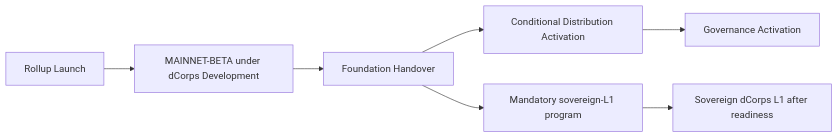
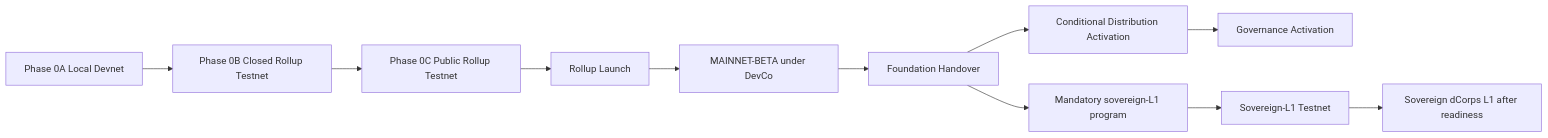
One commit to dcorps-hub/dcorps-docs-public changed the fifth of 5 diagrams in docs/whitepaper/DCORPS_BLOCKCHAIN_WHITEPAPER_V1_0.md. Above: the diagram before and after it, drawn with Mermaid. The commit also changed other lines of this file and 131 other files, not shown here.

````diff
--- a/docs/whitepaper/DCORPS_BLOCKCHAIN_WHITEPAPER_V1_0.md
+++ b/docs/whitepaper/DCORPS_BLOCKCHAIN_WHITEPAPER_V1_0.md
@@ -1266,9 +1387,13 @@
 ```mermaid
 flowchart LR
-    A["Rollup Launch"] --> B["MAINNET-BETA under dCorps Development"]
-    B --> C["Foundation Handover"]
-    C --> D["Conditional Distribution Activation"]
-    D --> E["Governance Activation"]
-    C --> F["Mandatory sovereign-L1 program"]
-    F --> G["Sovereign dCorps L1 after readiness"]
+    A["Phase 0A Local Devnet"] --> B["Phase 0B Closed Rollup Testnet"]
+    B --> C["Phase 0C Public Rollup Testnet"]
+    C --> D["Rollup Launch"]
+    D --> E["MAINNET-BETA under DevCo"]
+    E --> F["Foundation Handover"]
+    F --> G["Conditional Distribution Activation"]
+    G --> H["Governance Activation"]
+    F --> I["Mandatory sovereign-L1 program"]
+    I --> J["Sovereign-L1 Testnet"]
+    J --> K["Sovereign dCorps L1 after readiness"]
 ```
````
